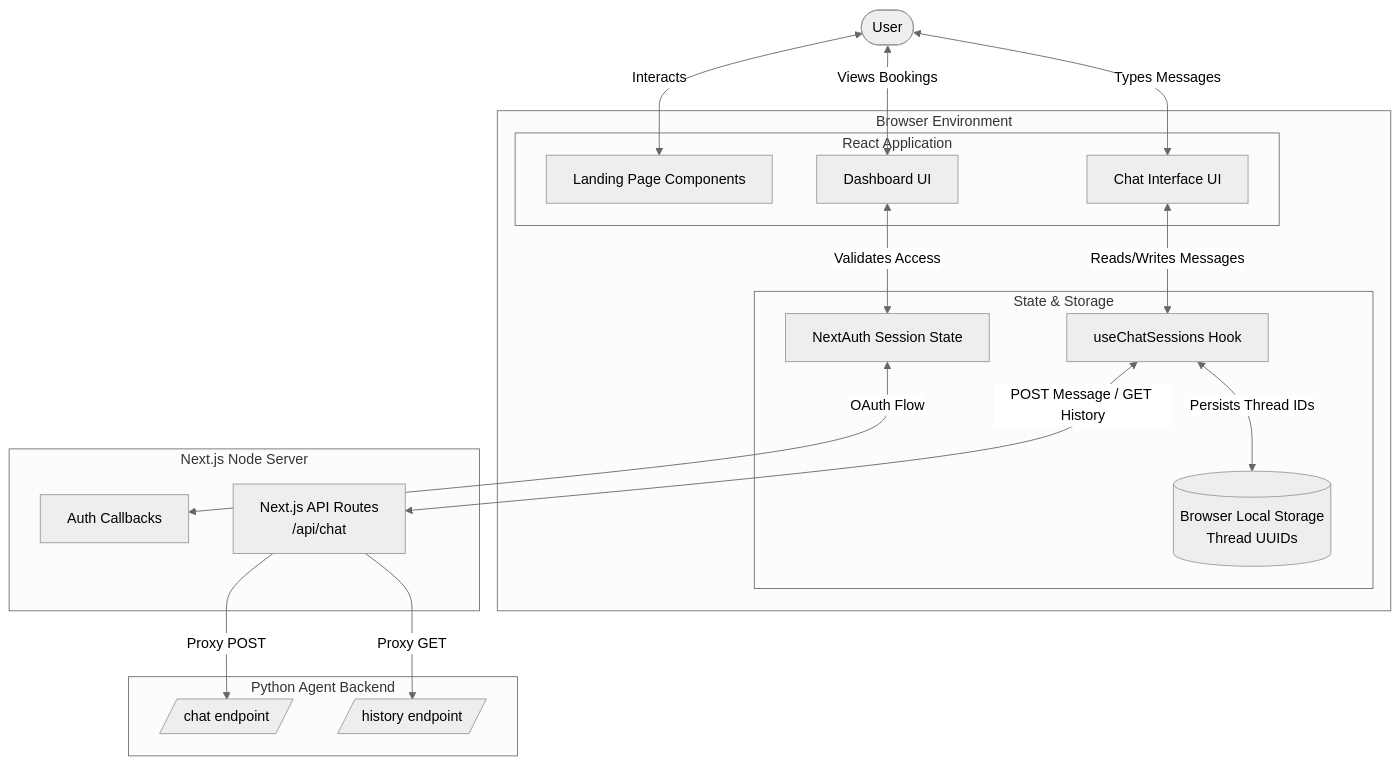
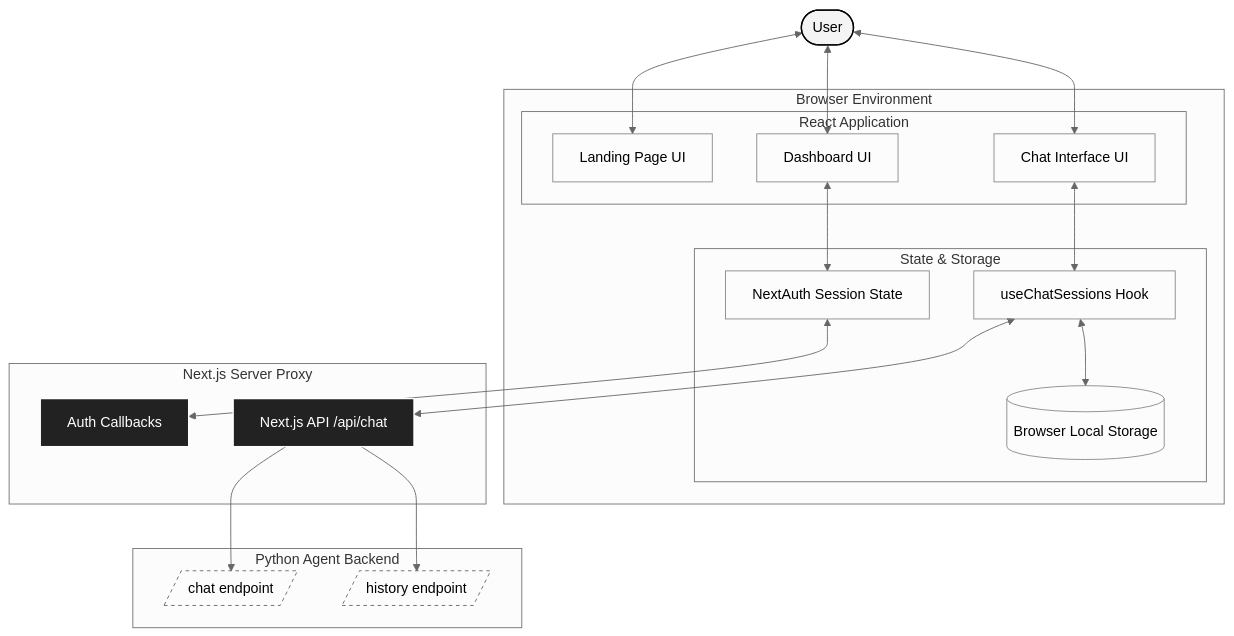
Before and after one commit to MRIARC-08/lakshya-scheduling: the diagram in frontend/README.md, drawn with Mermaid (neutral theme). The commit also changed other lines of this file and 3 other files, not shown here.

Commit message:
docs: revamp README architectures with sharp monochrome aesthetics and badges

````diff
--- a/frontend/README.md
+++ b/frontend/README.md
@@ -9,43 +17,49 @@
 ```mermaid
 graph TD
+    %% Styling for a sleek, sharp aesthetic
+    classDef default fill:transparent,stroke:#888,stroke-width:1px,color:inherit,rx:0,ry:0;
+    classDef client fill:#f4f4f4,stroke:#000,stroke-width:1.5px,color:#000,rx:0,ry:0;
+    classDef proxy fill:#222,stroke:#fff,stroke-width:1.5px,color:#fff,rx:0,ry:0;
+    classDef external fill:transparent,stroke:#666,stroke-width:1px,stroke-dasharray: 4 4,rx:0,ry:0;
+
     %% User and UI Layer
-    User([User])
+    User([User]):::client
     
     subgraph BrowserEnvironment [Browser Environment]
         subgraph ReactApp [React Application]
-            Hero[Landing Page Components]
-            ChatUI[Chat Interface UI]
-            Dash[Dashboard UI]
+            Hero[Landing Page UI]:::default
+            ChatUI[Chat Interface UI]:::default
+            Dash[Dashboard UI]:::default
         end
         
         subgraph StateManagement [State & Storage]
-            SessionAuth[NextAuth Session State]
-            ChatHook[useChatSessions Hook]
-            LocalStorage[(Browser Local Storage<br/>Thread UUIDs)]
+            SessionAuth[NextAuth Session State]:::default
+            ChatHook[useChatSessions Hook]:::default
+            LocalStorage[(Browser Local Storage)]:::default
         end
     end
     
-    subgraph NextServer [Next.js Node Server]
-        AuthRoute[Auth Callbacks]
-        APIRoutes[Next.js API Routes<br/>/api/chat]
+    subgraph NextServer [Next.js Server Proxy]
+        AuthRoute[Auth Callbacks]:::proxy
+        APIRoutes[Next.js API /api/chat]:::proxy
     end
     
     subgraph ExternalBackend [Python Agent Backend]
-        AgentChat[/chat endpoint/]
-        AgentHistory[/history endpoint/]
+        AgentChat[/chat endpoint/]:::external
+        AgentHistory[/history endpoint/]:::external
     end
     
-    User <-->|Interacts| Hero
-    User <-->|Types Messages| ChatUI
-    User <-->|Views Bookings| Dash
+    User <--> Hero
+    User <--> ChatUI
+    User <--> Dash
     
-    ChatUI <-->|Reads/Writes Messages| ChatHook
-    Dash <-->|Validates Access| SessionAuth
+    ChatUI <--> ChatHook
+    Dash <--> SessionAuth
     
-    ChatHook <-->|Persists Thread IDs| LocalStorage
-    ChatHook <-->|POST Message / GET History| APIRoutes
-    SessionAuth <-->|OAuth Flow| AuthRoute
+    ChatHook <--> LocalStorage
+    ChatHook <--> APIRoutes
+    SessionAuth <--> AuthRoute
     
-    APIRoutes -->|Proxy POST| AgentChat
-    APIRoutes -->|Proxy GET| AgentHistory
+    APIRoutes --> AgentChat
+    APIRoutes --> AgentHistory
 ```
````
